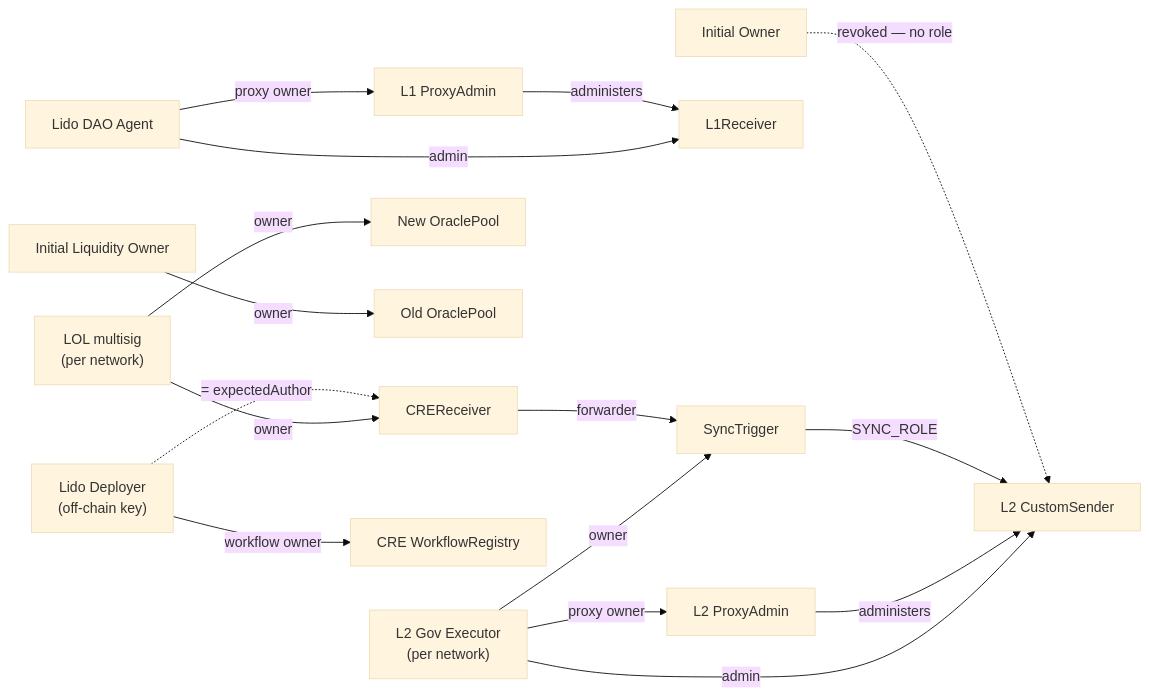
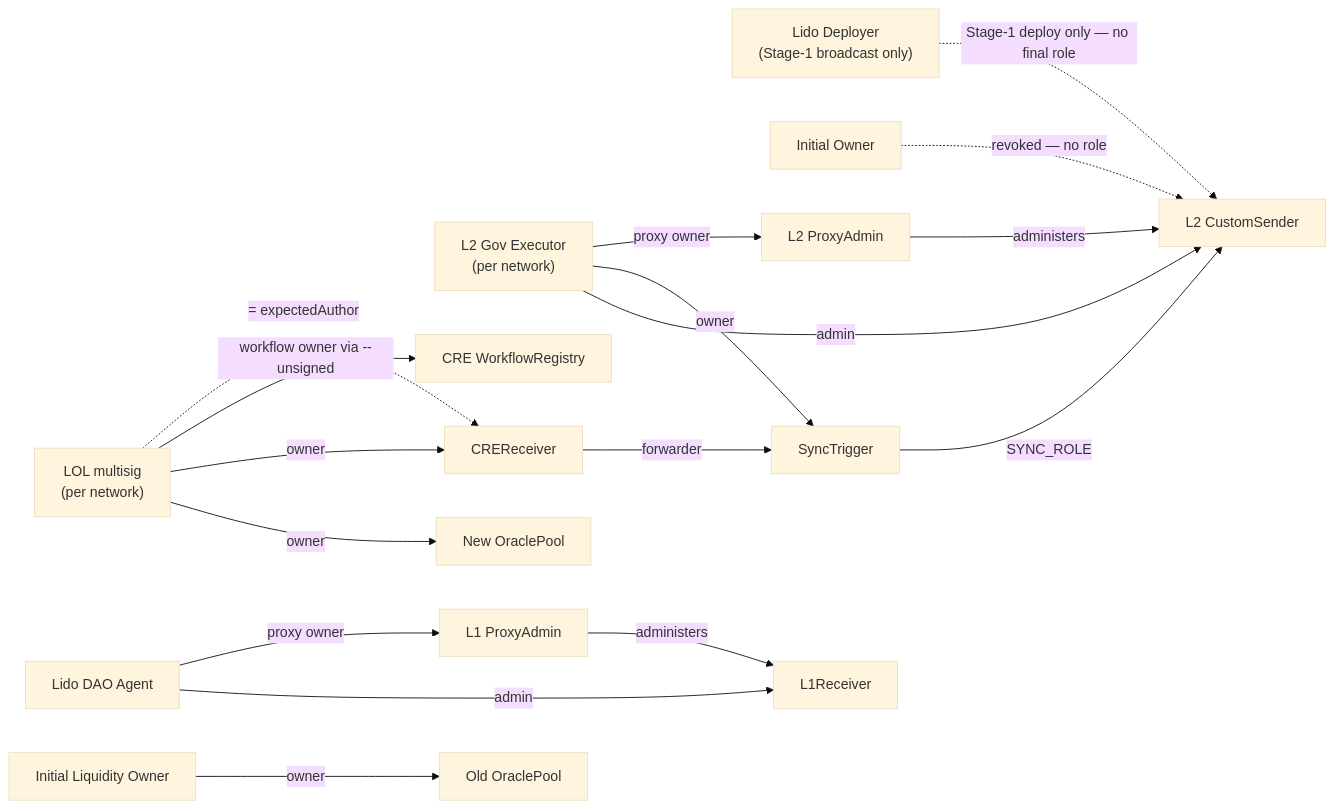
The second of 2 diagrams in DOC.md (lidofinance/l2-direct-staking), drawn with Mermaid (base theme) before and after one commit. The commit also changed other lines of this file and 23 other files, not shown here.

Commit message:
fix: pin CRE workflow owner / expectedAuthor to LOL multisig (ADR-0001)

````diff
--- a/DOC.md
+++ b/DOC.md
@@ -455,40 +454,41 @@
 ```mermaid
 flowchart LR
     DAO["Lido DAO Agent"]
     GOV["L2 Gov Executor<br/>(per network)"]
     LOL["LOL multisig<br/>(per network)"]
-    DEP["Lido Deployer<br/>(off-chain key)"]
+    DEP["Lido Deployer<br/>(Stage-1 broadcast only)"]
     IO["Initial Owner"]
     ILO["Initial Liquidity Owner"]
 
     L1R["L1Receiver"]
     L1PA["L1 ProxyAdmin"]
     CS["L2 CustomSender"]
     L2PA["L2 ProxyAdmin"]
     ST["SyncTrigger"]
     NEW["New OraclePool"]
     OLD["Old OraclePool"]
     CRER["CREReceiver"]
     WFREG["CRE WorkflowRegistry"]
 
     DAO -->|admin| L1R
     DAO -->|proxy owner| L1PA
     L1PA -->|administers| L1R
 
     GOV -->|admin| CS
     GOV -->|owner| ST
     GOV -->|proxy owner| L2PA
     L2PA -->|administers| CS
 
     LOL -->|owner| NEW
     LOL -->|owner| CRER
+    LOL -->|workflow owner via --unsigned| WFREG
+    LOL -.->|= expectedAuthor| CRER
 
-    DEP -->|workflow owner| WFREG
-    DEP -.->|= expectedAuthor| CRER
+    DEP -.->|Stage-1 deploy only — no final role| CS
 
     ST -->|SYNC_ROLE| CS
     CRER -->|forwarder| ST
 
     ILO -->|owner| OLD
     IO -.->|revoked — no role| CS
 ```
````
